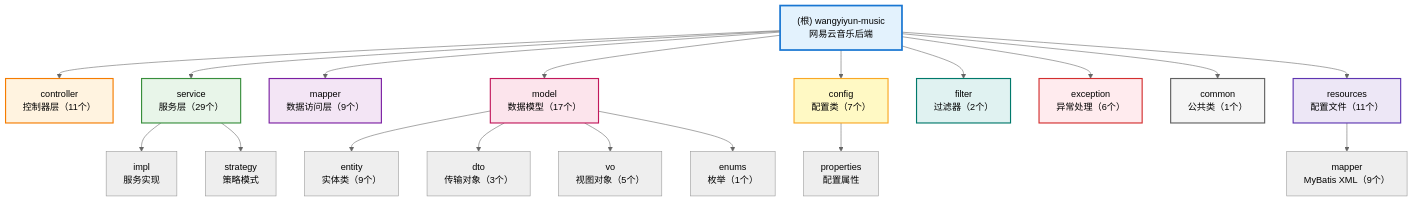
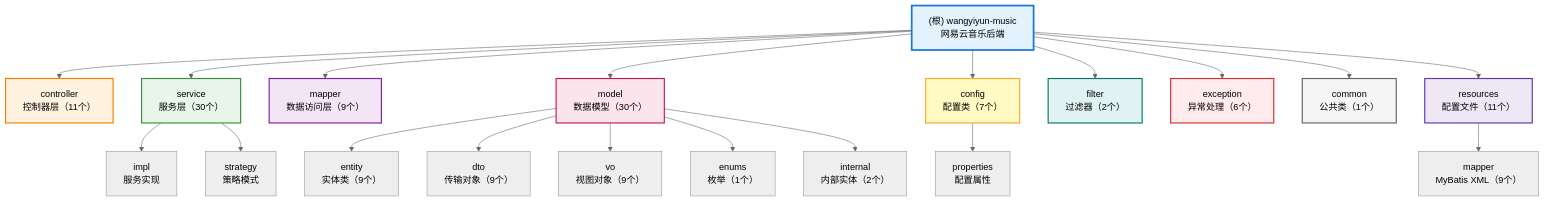
Before and after one commit to naruto055/wangyiyun-music: the first of 2 diagrams in CLAUDE.md, drawn with Mermaid (neutral theme). The commit also changed other lines of this file and 1 other file, not shown here.

````diff
--- a/CLAUDE.md
+++ b/CLAUDE.md
@@ -75,45 +91,46 @@
 ```mermaid
 graph TD
     Root["(根) wangyiyun-music<br/>网易云音乐后端"]
 
     Root --> Controller["controller<br/>控制器层（11个）"]
-    Root --> Service["service<br/>服务层（29个）"]
+    Root --> Service["service<br/>服务层（30个）"]
     Root --> Mapper["mapper<br/>数据访问层（9个）"]
-    Root --> Model["model<br/>数据模型（17个）"]
+    Root --> Model["model<br/>数据模型（30个）"]
     Root --> Config["config<br/>配置类（7个）"]
     Root --> Filter["filter<br/>过滤器（2个）"]
     Root --> Exception["exception<br/>异常处理（6个）"]
     Root --> Common["common<br/>公共类（1个）"]
     Root --> Resources["resources<br/>配置文件（11个）"]
 
     Service --> ServiceImpl["impl<br/>服务实现"]
     Service --> Strategy["strategy<br/>策略模式"]
 
     Model --> Entity["entity<br/>实体类（9个）"]
-    Model --> DTO["dto<br/>传输对象（3个）"]
-    Model --> VO["vo<br/>视图对象（5个）"]
+    Model --> DTO["dto<br/>传输对象（9个）"]
+    Model --> VO["vo<br/>视图对象（9个）"]
     Model --> Enums["enums<br/>枚举（1个）"]
+    Model --> Internal["internal<br/>内部实体（2个）"]
 
     Config --> Properties["properties<br/>配置属性"]
 
     Resources --> MapperXML["mapper<br/>MyBatis XML（9个）"]
 
     click Controller "#1-controller-层-web-控制层" "查看 Controller 层文档"
     click Service "#2-service-层-业务逻辑层" "查看 Service 层文档"
     click Mapper "#3-mapper-层-数据访问层" "查看 Mapper 层文档"
     click Model "#4-model-层-数据模型" "查看 Model 层文档"
     click Config "#5-config-层-配置类" "查看 Config 层文档"
     click Filter "#6-filter-层-过滤器" "查看 Filter 层文档"
     click Exception "#7-exception-层-异常处理" "查看 Exception 层文档"
 
     style Root fill:#e3f2fd,stroke:#1976d2,stroke-width:3px
     style Controller fill:#fff3e0,stroke:#f57c00,stroke-width:2px
     style Service fill:#e8f5e9,stroke:#388e3c,stroke-width:2px
     style Mapper fill:#f3e5f5,stroke:#7b1fa2,stroke-width:2px
     style Model fill:#fce4ec,stroke:#c2185b,stroke-width:2px
     style Config fill:#fff9c4,stroke:#f9a825,stroke-width:2px
     style Filter fill:#e0f2f1,stroke:#00796b,stroke-width:2px
     style Exception fill:#ffebee,stroke:#d32f2f,stroke-width:2px
     style Common fill:#f5f5f5,stroke:#616161,stroke-width:2px
     style Resources fill:#ede7f6,stroke:#5e35b1,stroke-width:2px
 ```
````
